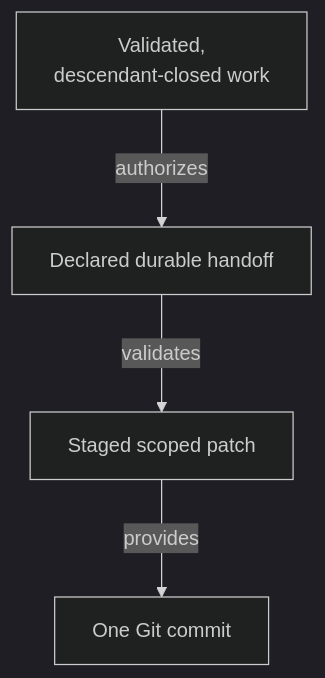
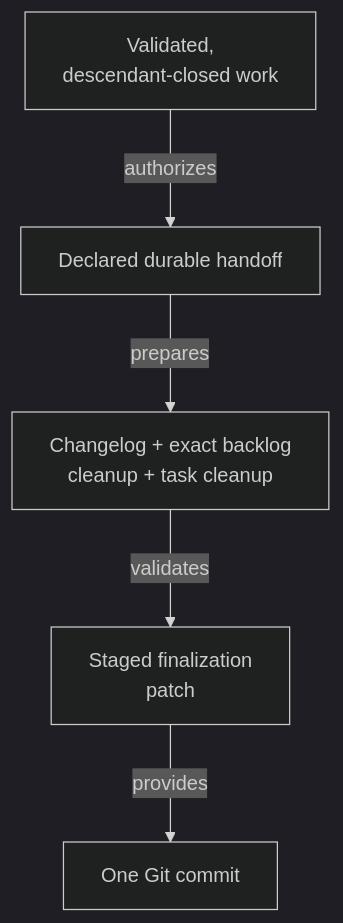
Before and after one commit to abstract-business-systems/as-is: the diagram in skills/committing-completed-work/as-is.md, drawn with Mermaid (dark theme). The commit also changed other lines of this file and 9 other files, not shown here.

````diff
--- a/skills/committing-completed-work/as-is.md
+++ b/skills/committing-completed-work/as-is.md
@@ -16,10 +16,11 @@
 ```mermaid
 ---
 config:
   layout: elk
 ---
 flowchart TB
     Evidence["Validated,<br/>descendant-closed work"] -->|authorizes| Scope["Declared durable handoff"]
-    Scope -->|validates| Patch["Staged scoped patch"]
+    Scope -->|prepares| Finalization["Changelog + exact backlog<br/>cleanup + task cleanup"]
+    Finalization -->|validates| Patch["Staged finalization<br/>patch"]
     Patch -->|provides| Commit["One Git commit"]
 ```
````
